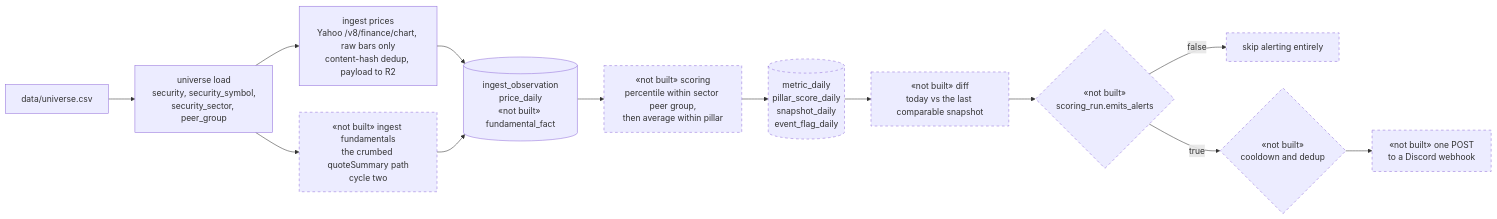
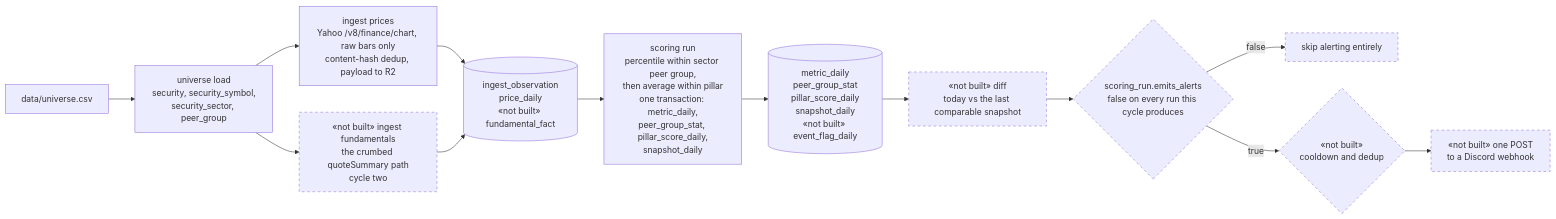
One commit to D1K03/stock-aggregator changed the ninth of 14 diagrams in docs/architecture.md. Above: the diagram before and after it, drawn with Mermaid. The commit also changed other lines of this file and 4 other files, not shown here.

````diff
--- a/docs/architecture.md
+++ b/docs/architecture.md
@@ -630,32 +634,32 @@
 ```mermaid
 flowchart LR
     classDef unbuilt stroke-dasharray: 5 5
 
     csv["data/universe.csv"]
     ident["universe load<br/>security, security_symbol,<br/>security_sector, peer_group"]
     ing["ingest prices<br/>Yahoo /v8/finance/chart, raw bars only<br/>content-hash dedup, payload to R2"]
     ingf["«not built» ingest fundamentals<br/>the crumbed quoteSummary path<br/>cycle two"]
     facts[("ingest_observation<br/>price_daily<br/>«not built» fundamental_fact")]
-    sc["«not built» scoring<br/>percentile within sector peer group,<br/>then average within pillar"]
-    derived[("metric_daily<br/>pillar_score_daily<br/>snapshot_daily<br/>event_flag_daily")]
+    sc["scoring run<br/>percentile within sector peer group,<br/>then average within pillar<br/>one transaction: metric_daily,<br/>peer_group_stat, pillar_score_daily,<br/>snapshot_daily"]
+    derived[("metric_daily<br/>peer_group_stat<br/>pillar_score_daily<br/>snapshot_daily<br/>«not built» event_flag_daily")]
     diff["«not built» diff<br/>today vs the last comparable snapshot"]
-    gate{"«not built»<br/>scoring_run.emits_alerts"}
+    gate{"scoring_run.emits_alerts<br/>false on every run this cycle produces"}
     skip["skip alerting entirely"]
     cool{"«not built»<br/>cooldown and dedup"}
     post["«not built» one POST<br/>to a Discord webhook"]
 
     csv --> ident
     ident --> ing
     ident --> ingf
     ing --> facts
     ingf --> facts
     facts --> sc
     sc --> derived
     derived --> diff
     diff --> gate
     gate -->|false| skip
     gate -->|true| cool
     cool --> post
 
-    class ingf,sc,derived,diff,gate,skip,cool,post unbuilt
+    class ingf,diff,gate,skip,cool,post unbuilt
 ```
````
